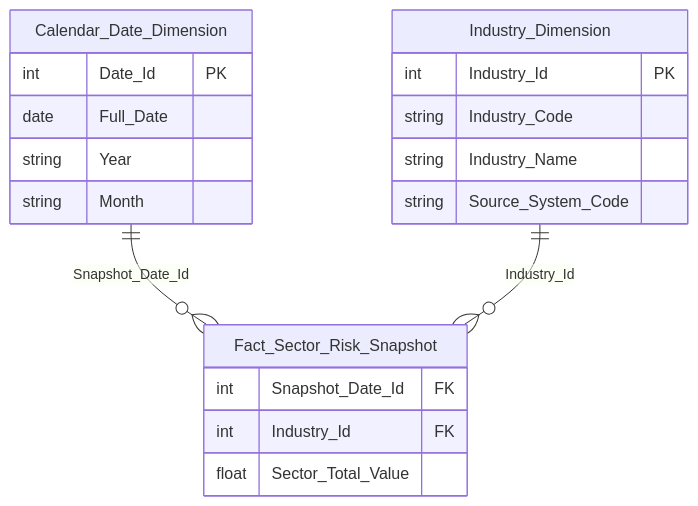
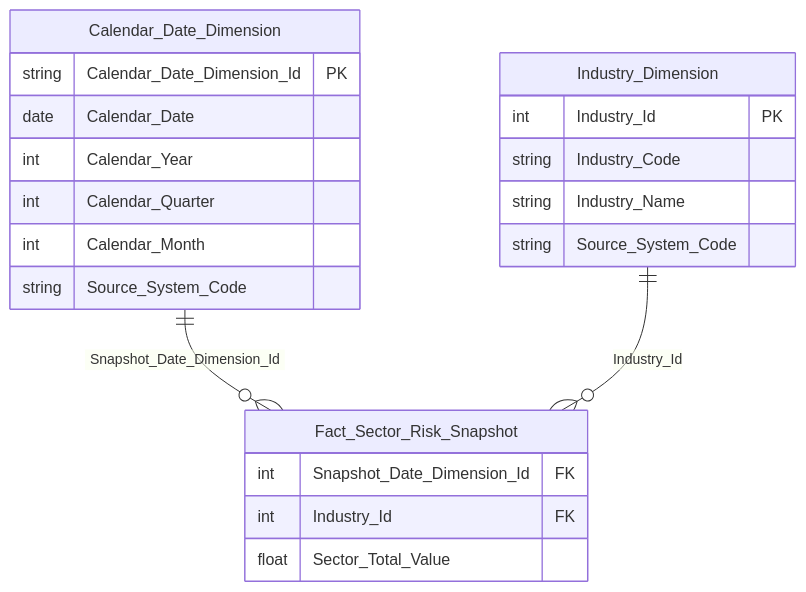
One commit to linhlvit/ubck_atomic_design changed diagram 23 of 58 in Datamart/hld/DTM_PTTT_HLD.md. Above: the diagram before and after it, drawn with Mermaid. The commit also changed other lines of this file and 9 other files, not shown here.

````diff
--- a/Datamart/hld/DTM_PTTT_HLD.md
+++ b/Datamart/hld/DTM_PTTT_HLD.md
@@ -1108,22 +1284,24 @@
 ```mermaid
 erDiagram
     Fact_Sector_Risk_Snapshot {
-        int Snapshot_Date_Id FK
+        int Snapshot_Date_Dimension_Id FK
         int Industry_Id FK
         float Sector_Total_Value
     }
     Calendar_Date_Dimension {
-        int Date_Id PK
-        date Full_Date
-        string Year
-        string Month
+        string Calendar_Date_Dimension_Id PK
+        date Calendar_Date
+        int Calendar_Year
+        int Calendar_Quarter
+        int Calendar_Month
+        string Source_System_Code
     }
     Industry_Dimension {
         int Industry_Id PK
         string Industry_Code
         string Industry_Name
         string Source_System_Code
     }
-    Calendar_Date_Dimension ||--o{ Fact_Sector_Risk_Snapshot : "Snapshot_Date_Id"
+    Calendar_Date_Dimension ||--o{ Fact_Sector_Risk_Snapshot : "Snapshot_Date_Dimension_Id"
     Industry_Dimension ||--o{ Fact_Sector_Risk_Snapshot : "Industry_Id"
 ```
````
